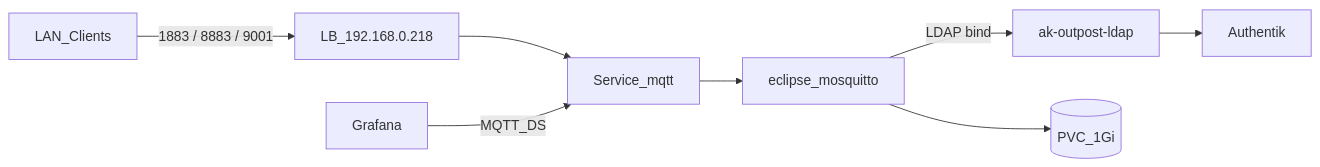
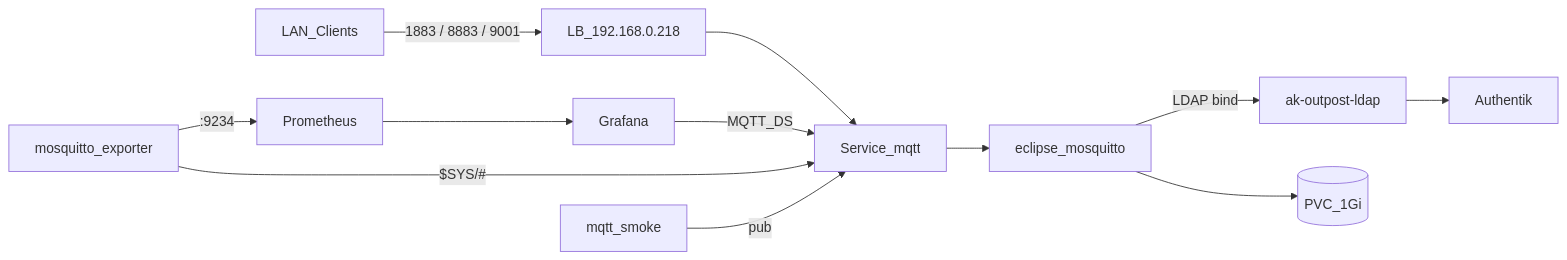
Before and after one commit to HenryHST/minilab: the diagram in docs/adr/0029-mosquitto.md, drawn with Mermaid. The commit also changed other lines of this file and 17 other files, not shown here.

First line of the commit message:
feat(mosquitto): Prometheus exporter, smoke probe, BookStack (v0.12.0)

````diff
--- a/docs/adr/0029-mosquitto.md
+++ b/docs/adr/0029-mosquitto.md
@@ -24,10 +26,14 @@
 ```mermaid
 flowchart LR
   Clients[LAN_Clients] -->|"1883 / 8883 / 9001"| LB["LB_192.168.0.218"]
   LB --> Svc[Service_mqtt]
   Svc --> Mosq[eclipse_mosquitto]
   Mosq -->|"LDAP bind"| LDAP["ak-outpost-ldap"]
   LDAP --> IdP[Authentik]
   Grafana -->|MQTT_DS| Svc
+  Exporter[mosquitto_exporter] -->|"$SYS/#"| Svc
+  Exporter -->|":9234"| Prom[Prometheus]
+  Prom --> Grafana
+  Probe[mqtt_smoke] -->|pub| Svc
   Mosq --> PVC[(PVC_1Gi)]
 ```
````
